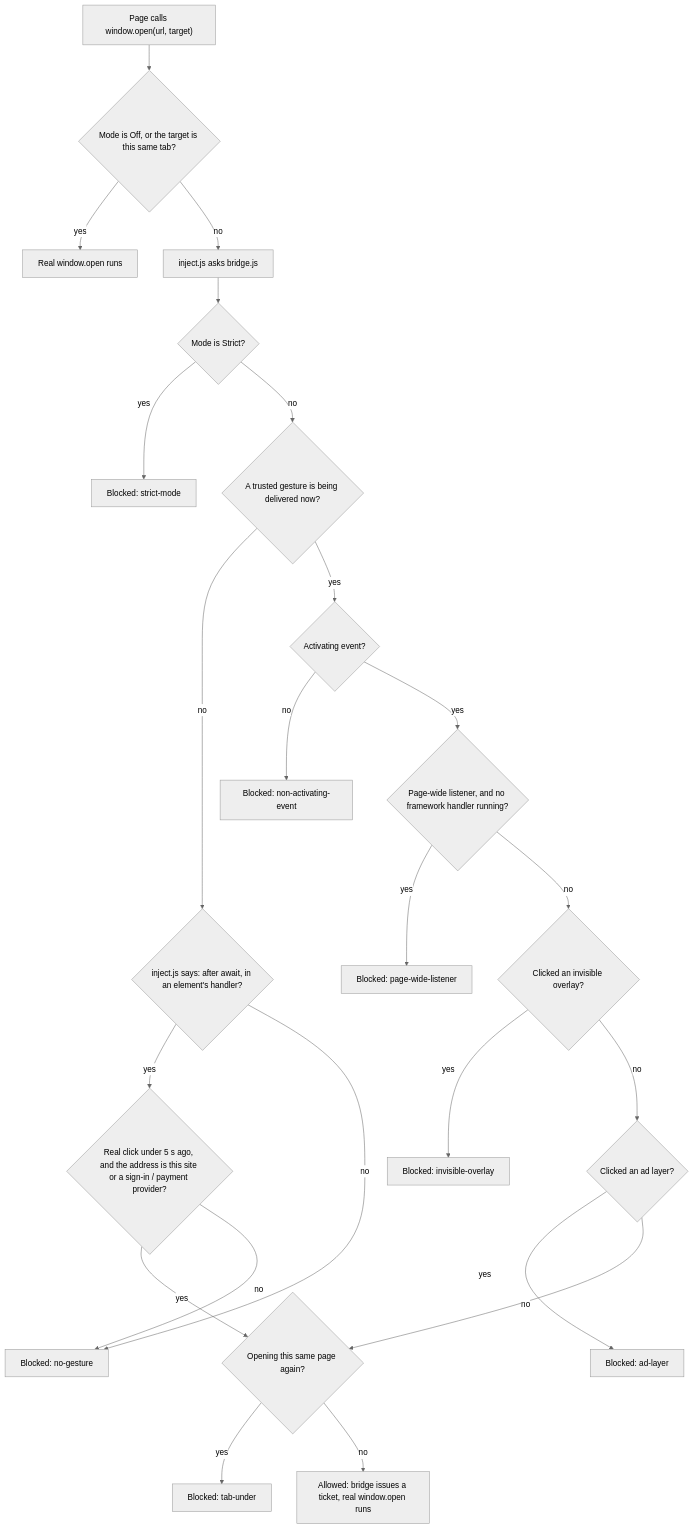
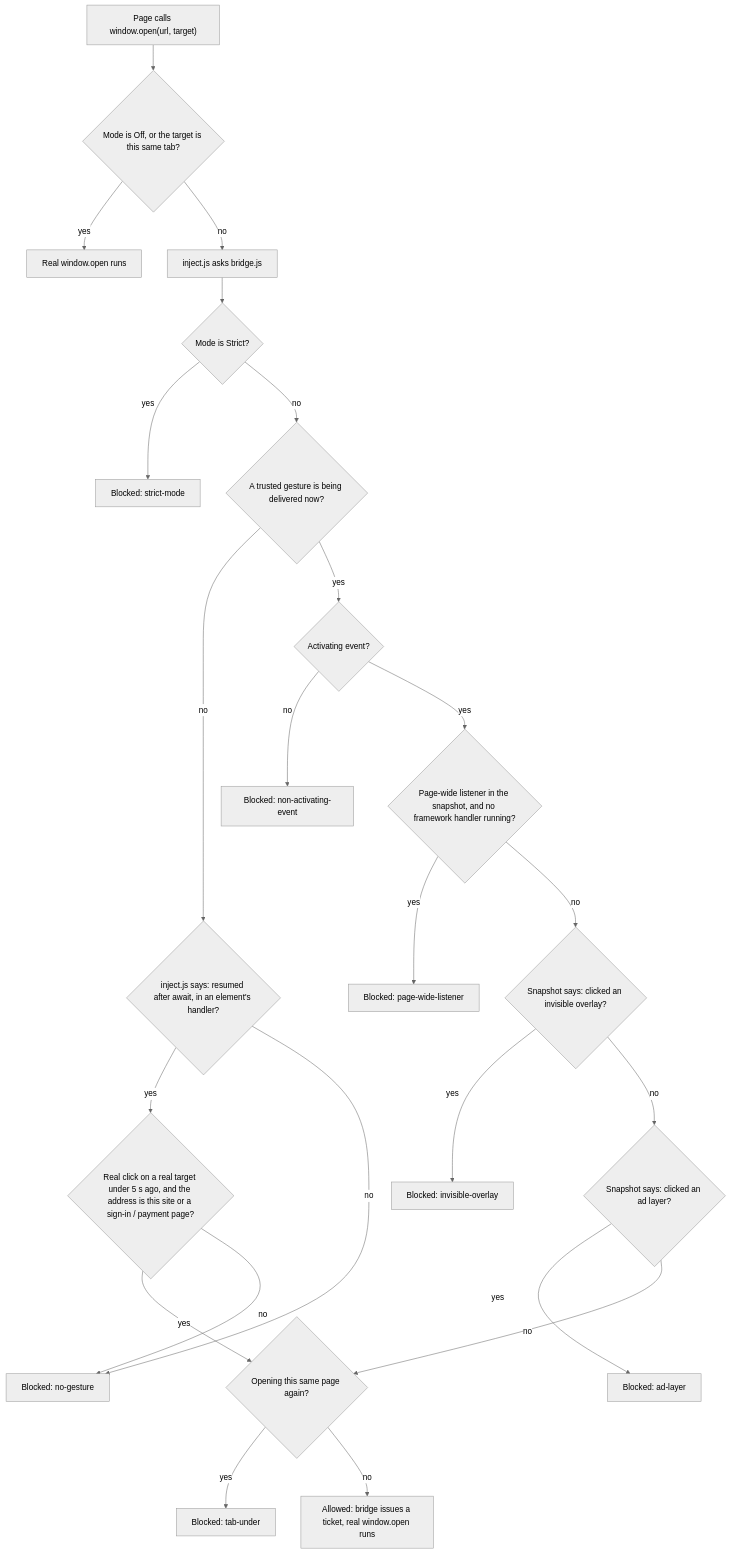
One commit to madironman/popshield changed the second of 3 diagrams in docs/learn/03-popshield.md. Above: the diagram before and after it, drawn with Mermaid (neutral theme). The commit also changed other lines of this file and 23 other files, not shown here.

````diff
--- a/docs/learn/03-popshield.md
+++ b/docs/learn/03-popshield.md
@@ -172,25 +186,25 @@
 ```mermaid
 flowchart TD
     A["Page calls window.open(url, target)"] --> B{"Mode is Off, or the target is this same tab?"}
     B -- "yes" --> PASS["Real window.open runs"]
     B -- "no" --> ASK["inject.js asks bridge.js"]
     ASK --> C{"Mode is Strict?"}
     C -- "yes" --> X1["Blocked: strict-mode"]
     C -- "no" --> D{"A trusted gesture is being delivered now?"}
-    D -- "no" --> E{"inject.js says: after await, in an element's handler?"}
-    E -- "yes" --> E2{"Real click under 5 s ago, and the address is this site or a sign-in / payment provider?"}
+    D -- "no" --> E{"inject.js says: resumed after await, in an element's handler?"}
+    E -- "yes" --> E2{"Real click on a real target under 5 s ago, and the address is this site or a sign-in / payment page?"}
     E2 -- "yes" --> G
     E2 -- "no" --> X2["Blocked: no-gesture"]
     E -- "no" --> X2
     D -- "yes" --> F{"Activating event?"}
     F -- "no" --> X3["Blocked: non-activating-event"]
-    F -- "yes" --> F2{"Page-wide listener, and no framework handler running?"}
+    F -- "yes" --> F2{"Page-wide listener in the snapshot, and no framework handler running?"}
     F2 -- "yes" --> X4["Blocked: page-wide-listener"]
-    F2 -- "no" --> F3{"Clicked an invisible overlay?"}
+    F2 -- "no" --> F3{"Snapshot says: clicked an invisible overlay?"}
     F3 -- "yes" --> X5["Blocked: invisible-overlay"]
-    F3 -- "no" --> F4{"Clicked an ad layer?"}
+    F3 -- "no" --> F4{"Snapshot says: clicked an ad layer?"}
     F4 -- "yes" --> X6["Blocked: ad-layer"]
     F4 -- "no" --> G{"Opening this same page again?"}
     G -- "yes" --> X7["Blocked: tab-under"]
     G -- "no" --> OK["Allowed: bridge issues a ticket, real window.open runs"]
 ```
````
